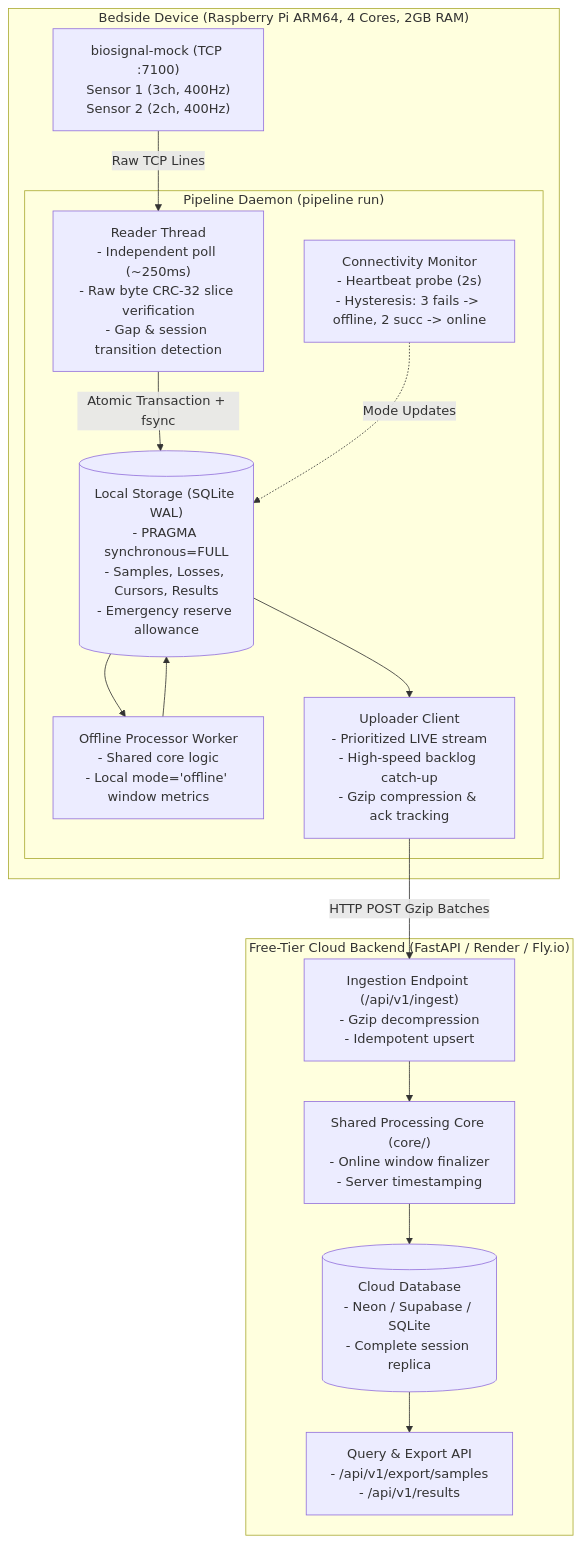
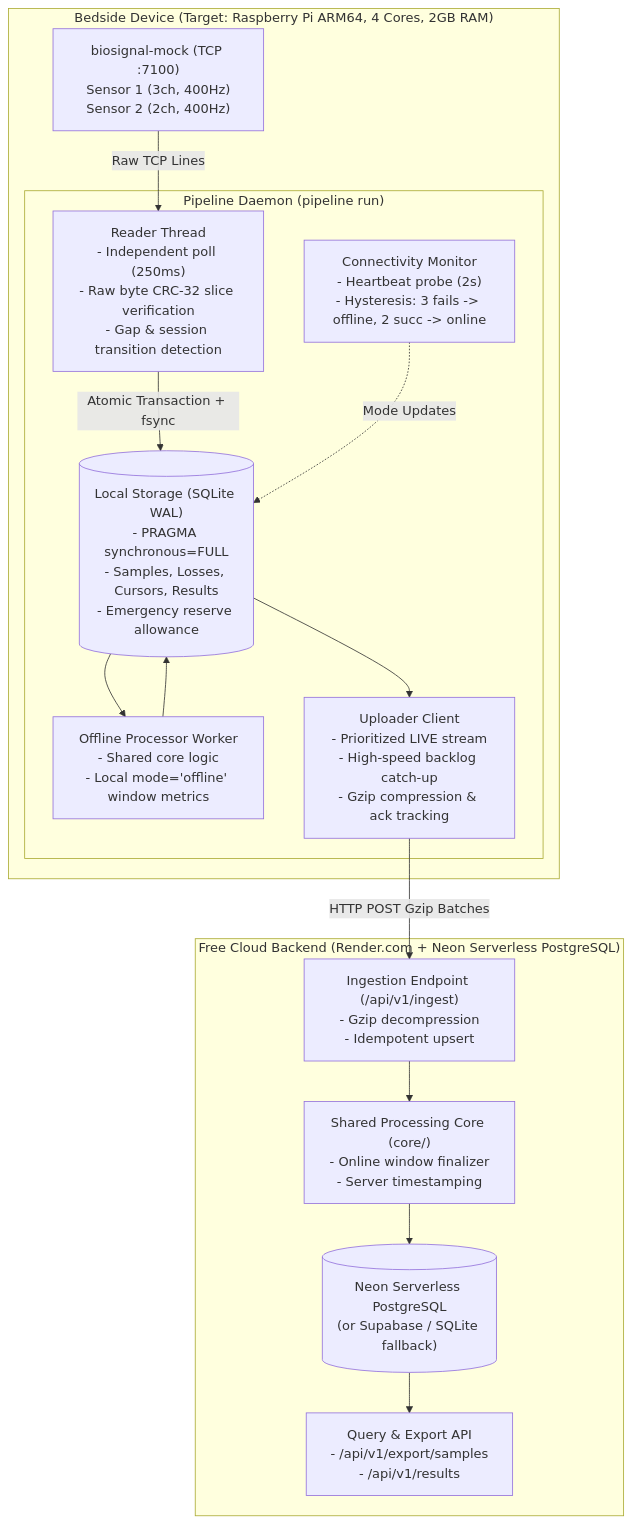
Before and after one commit to MukulVerma14/MayaCardio: the diagram in DESIGN.md, drawn with Mermaid. The commit also changed other lines of this file and 10 other files, not shown here.

Commit message:
refactor(audit): rigorous empirical audit of all documentation claims, Neon Postgres integration, and cloud restart test

````diff
--- a/DESIGN.md
+++ b/DESIGN.md
@@ -7,32 +7,32 @@
 ```mermaid
 flowchart TD
-    subgraph Device ["Bedside Device (Raspberry Pi ARM64, 4 Cores, 2GB RAM)"]
+    subgraph Device ["Bedside Device (Target: Raspberry Pi ARM64, 4 Cores, 2GB RAM)"]
         Mock["biosignal-mock (TCP :7100)\nSensor 1 (3ch, 400Hz)\nSensor 2 (2ch, 400Hz)"]
         
         subgraph Pipeline ["Pipeline Daemon (pipeline run)"]
-            Reader["Reader Thread\n- Independent poll (~250ms)\n- Raw byte CRC-32 slice verification\n- Gap & session transition detection"]
+            Reader["Reader Thread\n- Independent poll (250ms)\n- Raw byte CRC-32 slice verification\n- Gap & session transition detection"]
             Storage[("Local Storage (SQLite WAL)\n- PRAGMA synchronous=FULL\n- Samples, Losses, Cursors, Results\n- Emergency reserve allowance")]
             OfflineProc["Offline Processor Worker\n- Shared core logic\n- Local mode='offline' window metrics"]
             ConnMon["Connectivity Monitor\n- Heartbeat probe (2s)\n- Hysteresis: 3 fails -> offline, 2 succ -> online"]
             Uploader["Uploader Client\n- Prioritized LIVE stream\n- High-speed backlog catch-up\n- Gzip compression & ack tracking"]
         end
     end
 
-    subgraph Cloud ["Free-Tier Cloud Backend (FastAPI / Render / Fly.io)"]
+    subgraph Cloud ["Free Cloud Backend (Render.com + Neon Serverless PostgreSQL)"]
         IngestAPI["Ingestion Endpoint (/api/v1/ingest)\n- Gzip decompression\n- Idempotent upsert"]
         CloudCore["Shared Processing Core (core/)\n- Online window finalizer\n- Server timestamping"]
-        CloudStore[("Cloud Database\n- Neon / Supabase / SQLite\n- Complete session replica")]
+        CloudStore[("Neon Serverless PostgreSQL\n(or Supabase / SQLite fallback)")]
         ExportAPI["Query & Export API\n- /api/v1/export/samples\n- /api/v1/results"]
     end
 
     Mock -->|Raw TCP Lines| Reader
     Reader -->|Atomic Transaction + fsync| Storage
     Storage --> OfflineProc
     OfflineProc --> Storage
     ConnMon -.->|Mode Updates| Storage
     Storage --> Uploader
     Uploader -->|HTTP POST Gzip Batches| IngestAPI
     IngestAPI --> CloudCore
     CloudCore --> CloudStore
     CloudStore --> ExportAPI
 ```
````
